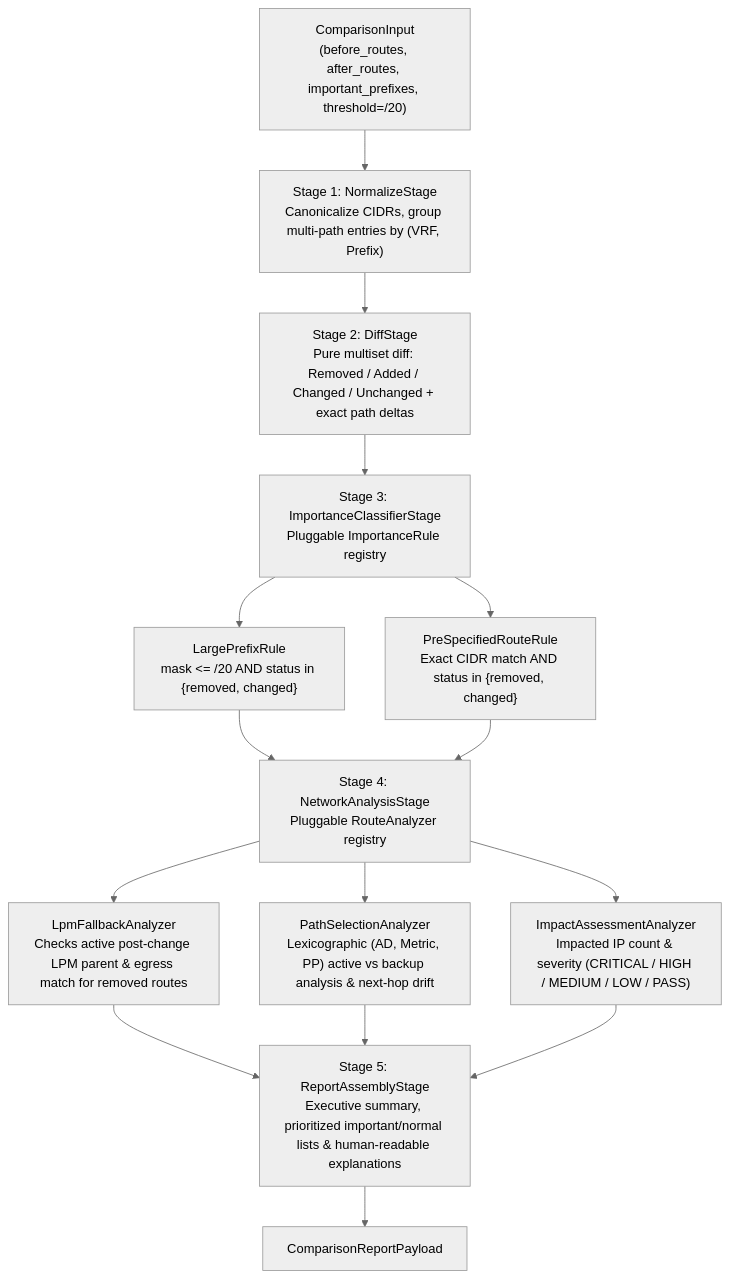
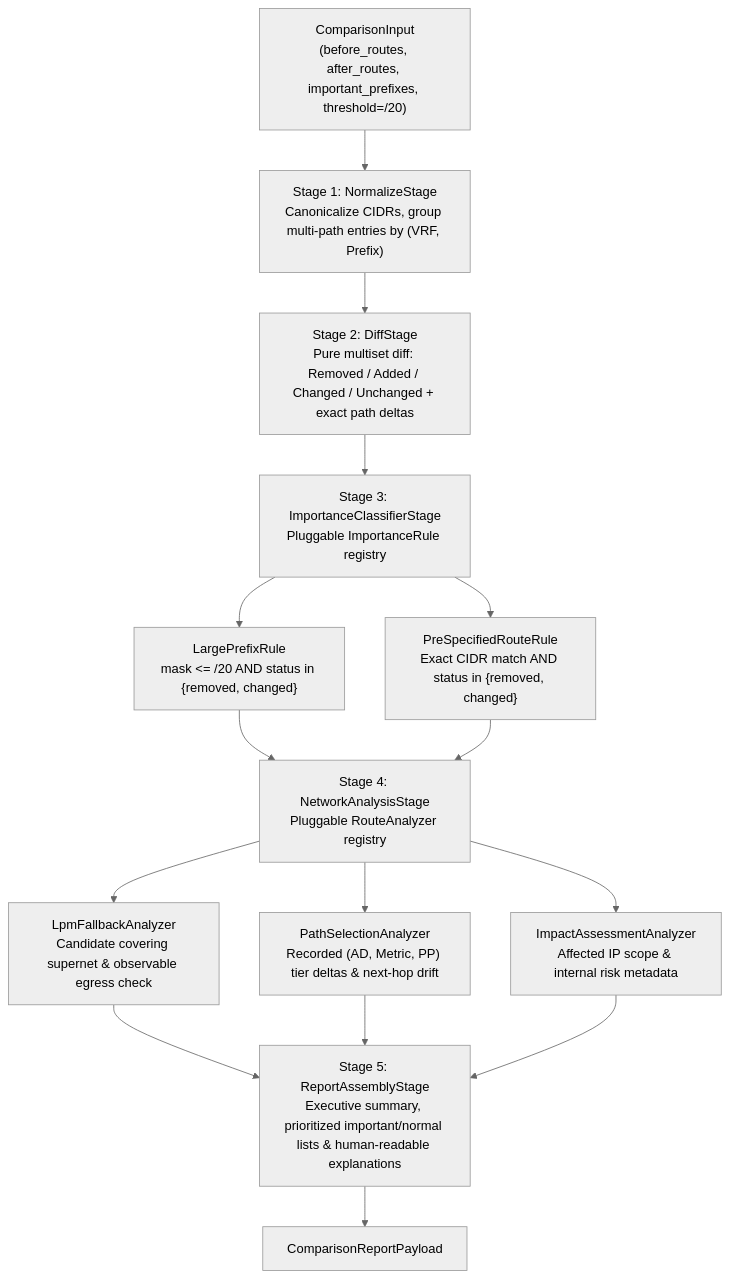
Before and after one commit to aitidog/netroute_guardian: the third of 5 diagrams in doc/architecture.md, drawn with Mermaid (neutral theme). The commit also changed other lines of this file and 3 other files, not shown here.

````diff
--- a/doc/architecture.md
+++ b/doc/architecture.md
@@ -153,23 +155,23 @@
 ```mermaid
 flowchart TD
     In["ComparisonInput<br/>(before_routes, after_routes, important_prefixes, threshold=/20)"] --> S1
 
     S1["Stage 1: NormalizeStage<br/>Canonicalize CIDRs, group multi-path entries by (VRF, Prefix)"] --> S2
     S2["Stage 2: DiffStage<br/>Pure multiset diff: Removed / Added / Changed / Unchanged + exact path deltas"] --> S3
 
     S3["Stage 3: ImportanceClassifierStage<br/>Pluggable ImportanceRule registry"]
     S3 --> R1["LargePrefixRule<br/>mask <= /20 AND status in {removed, changed}"]
     S3 --> R2["PreSpecifiedRouteRule<br/>Exact CIDR match AND status in {removed, changed}"]
     R1 --> S4
     R2 --> S4
 
     S4["Stage 4: NetworkAnalysisStage<br/>Pluggable RouteAnalyzer registry"]
-    S4 --> A1["LpmFallbackAnalyzer<br/>Checks active post-change LPM parent & egress match for removed routes"]
-    S4 --> A2["PathSelectionAnalyzer<br/>Lexicographic (AD, Metric, PP) active vs backup analysis & next-hop drift"]
-    S4 --> A3["ImpactAssessmentAnalyzer<br/>Impacted IP count & severity (CRITICAL / HIGH / MEDIUM / LOW / PASS)"]
+    S4 --> A1["LpmFallbackAnalyzer<br/>Candidate covering supernet & observable egress check"]
+    S4 --> A2["PathSelectionAnalyzer<br/>Recorded (AD, Metric, PP) tier deltas & next-hop drift"]
+    S4 --> A3["ImpactAssessmentAnalyzer<br/>Affected IP scope & internal risk metadata"]
     A1 --> S5
     A2 --> S5
     A3 --> S5
 
     S5["Stage 5: ReportAssemblyStage<br/>Executive summary, prioritized important/normal lists & human-readable explanations"] --> Out["ComparisonReportPayload"]
 ```
````
